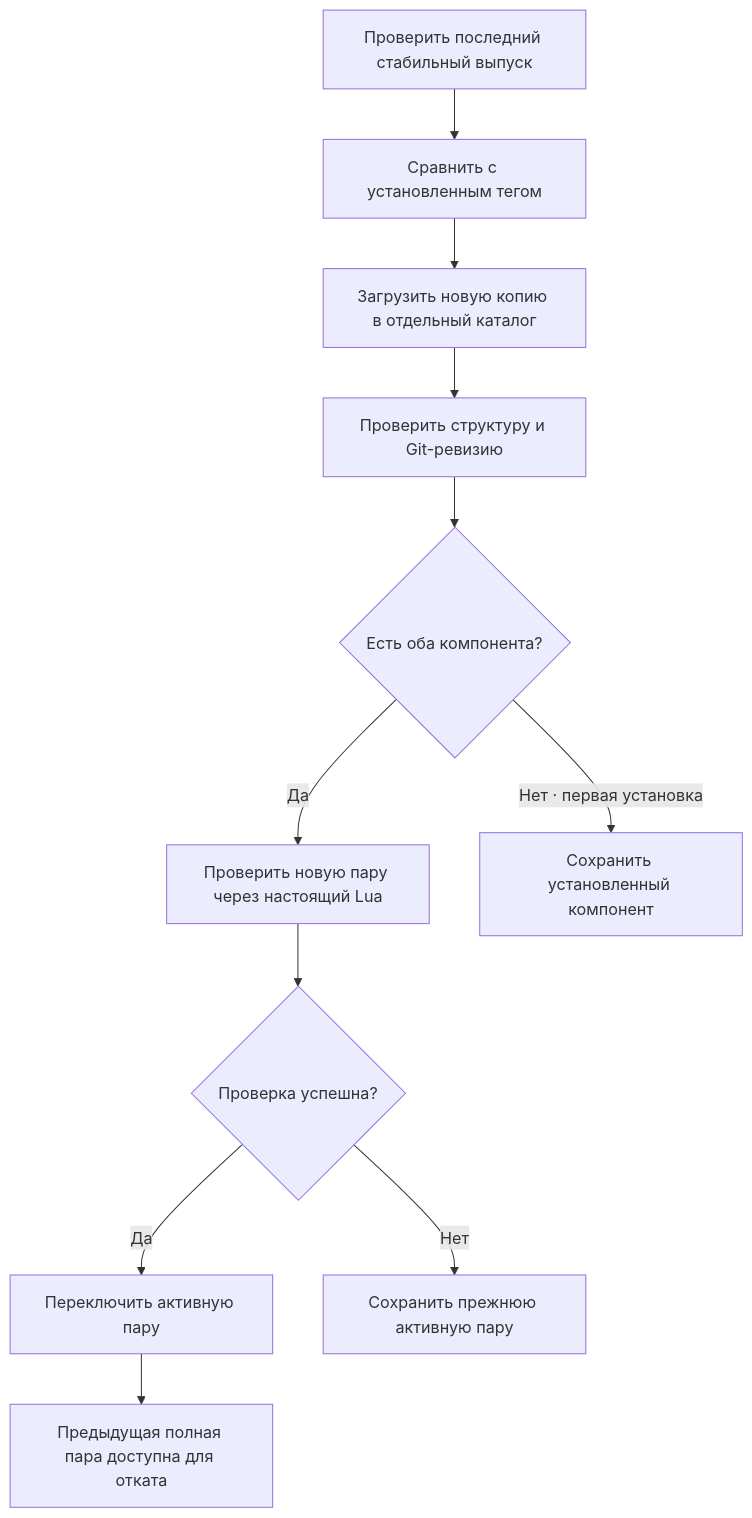
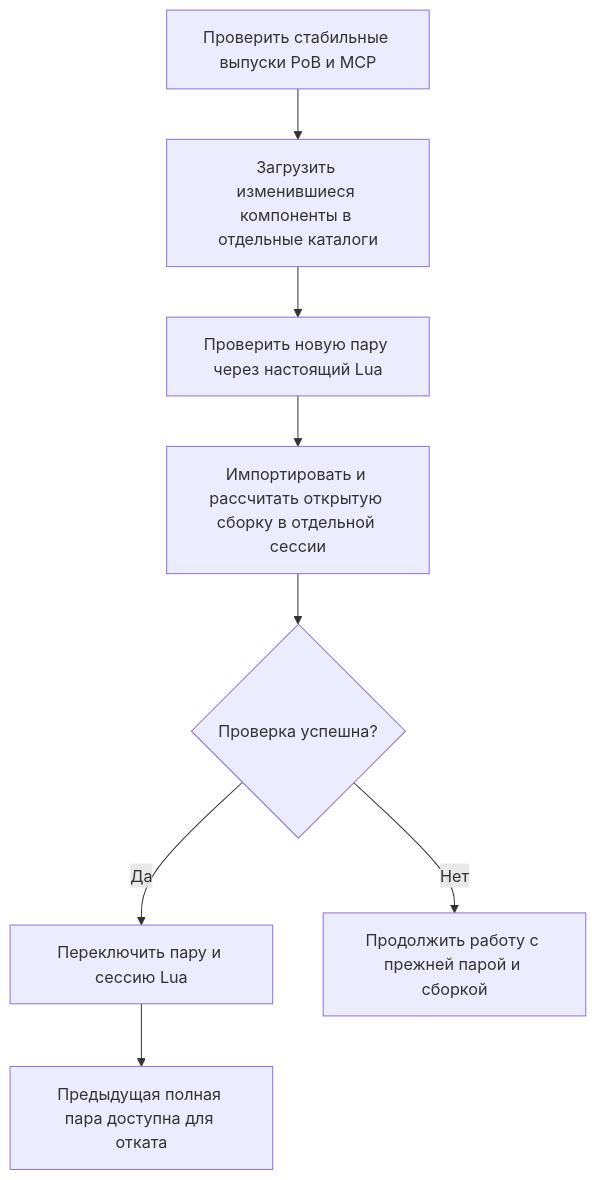
One commit to Hecatoncheir/pob2_ui changed the second of 2 diagrams in README.md. Above: the diagram before and after it, drawn with Mermaid. The commit also changed other lines of this file and 61 other files, not shown here.

First line of the commit message:
Подготовить PoB II 0.2.0 и проверить совместимую пару компонентов

````diff
--- a/README.md
+++ b/README.md
@@ -64,13 +64,10 @@
 ```mermaid
 flowchart TD
-    Check["Проверить последний стабильный выпуск"] --> Compare["Сравнить с установленным тегом"]
-    Compare --> Download["Загрузить новую копию в отдельный каталог"]
-    Download --> Files["Проверить структуру и Git-ревизию"]
-    Files --> Pair{"Есть оба компонента?"}
-    Pair -->|"Да"| Doctor["Проверить новую пару через настоящий Lua"]
-    Pair -->|"Нет · первая установка"| Save["Сохранить установленный компонент"]
-    Doctor --> Result{"Проверка успешна?"}
-    Result -->|"Да"| Activate["Переключить активную пару"]
-    Result -->|"Нет"| Keep["Сохранить прежнюю активную пару"]
+    Check["Проверить стабильные выпуски PoB и MCP"] --> Download["Загрузить изменившиеся компоненты в отдельные каталоги"]
+    Download --> Doctor["Проверить новую пару через настоящий Lua"]
+    Doctor --> Open["Импортировать и рассчитать открытую сборку в отдельной сессии"]
+    Open --> Result{"Проверка успешна?"}
+    Result -->|"Да"| Activate["Переключить пару и сессию Lua"]
+    Result -->|"Нет"| Keep["Продолжить работу с прежней парой и сборкой"]
     Activate --> Previous["Предыдущая полная пара доступна для отката"]
 ```
````
